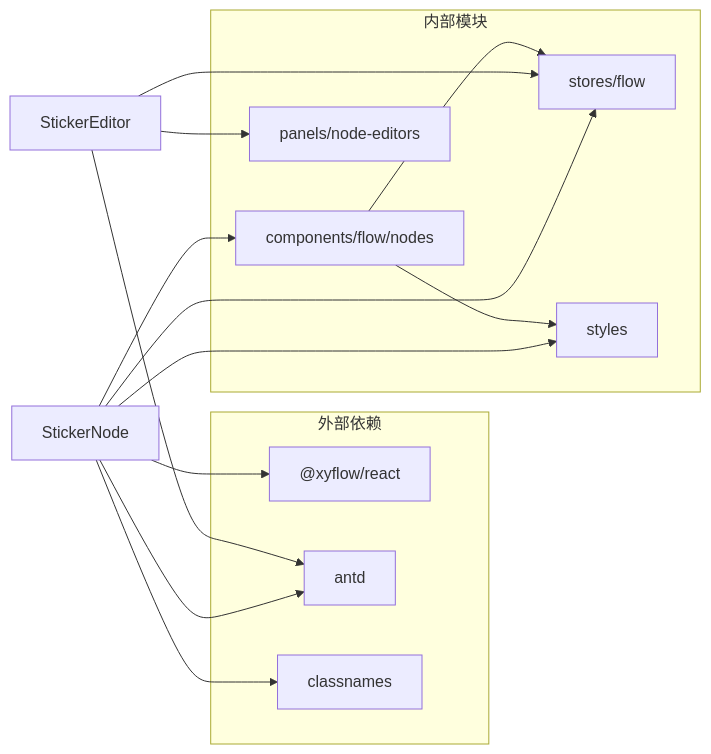
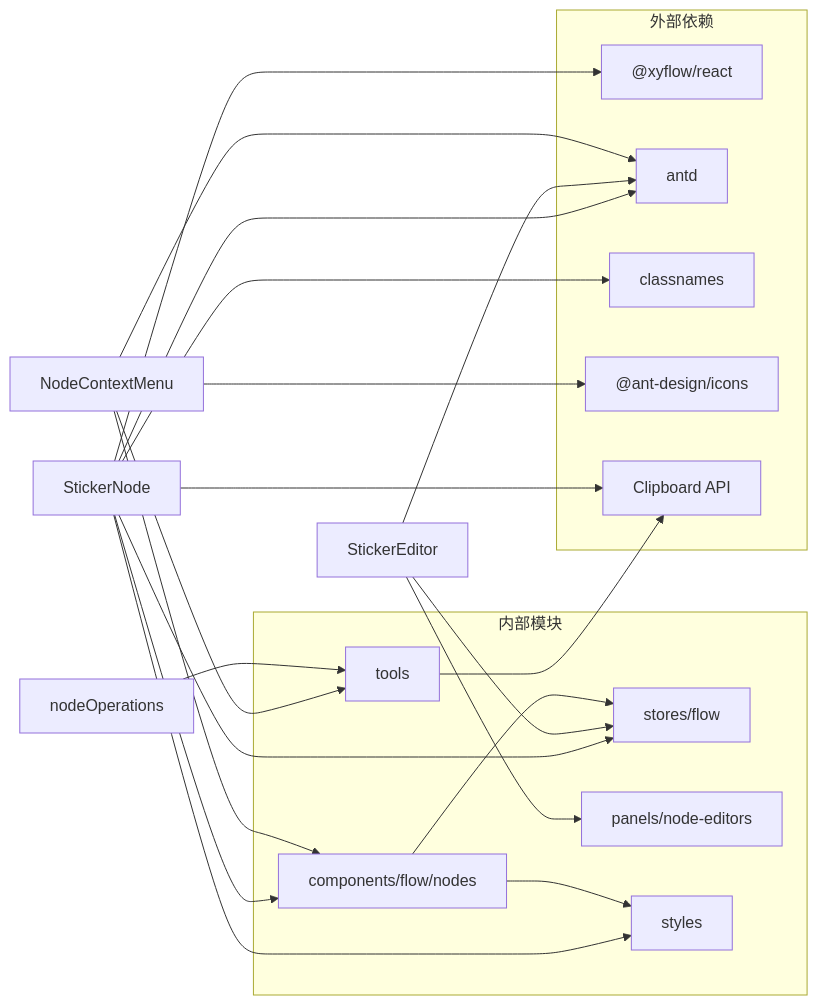
The sixth of 6 diagrams in .qoder/repowiki/zh/content/核心概念/节点/贴纸节点.md (kqcoxn/MaaPipelineEditor), drawn with Mermaid before and after one commit. The commit also changed other lines of this file and 8 other files, not shown here.

````diff
--- a/.qoder/repowiki/zh/content/核心概念/节点/贴纸节点.md
+++ b/.qoder/repowiki/zh/content/核心概念/节点/贴纸节点.md
@@ -258,25 +347,35 @@
 ```mermaid
 graph LR
 subgraph "外部依赖"
 XY["@xyflow/react"]
 AN["antd"]
 CL["classnames"]
+CH["@ant-design/icons"]
+CB["Clipboard API"]
 end
 subgraph "内部模块"
 ST[stores/flow]
 CP[components/flow/nodes]
 PP[panels/node-editors]
 STY[styles]
+TO[tools]
 end
 SN[StickerNode] --> XY
 SN --> AN
 SN --> CL
+SN --> CB
 SN --> ST
 SN --> CP
 SN --> STY
 SE[StickerEditor] --> AN
 SE --> ST
 SE --> PP
+NC[NodeContextMenu] --> AN
+NC --> CH
+NC --> CP
+NC --> TO
 CP --> ST
 CP --> STY
+NO[nodeOperations] --> TO
+TO --> CB
 ```
````
